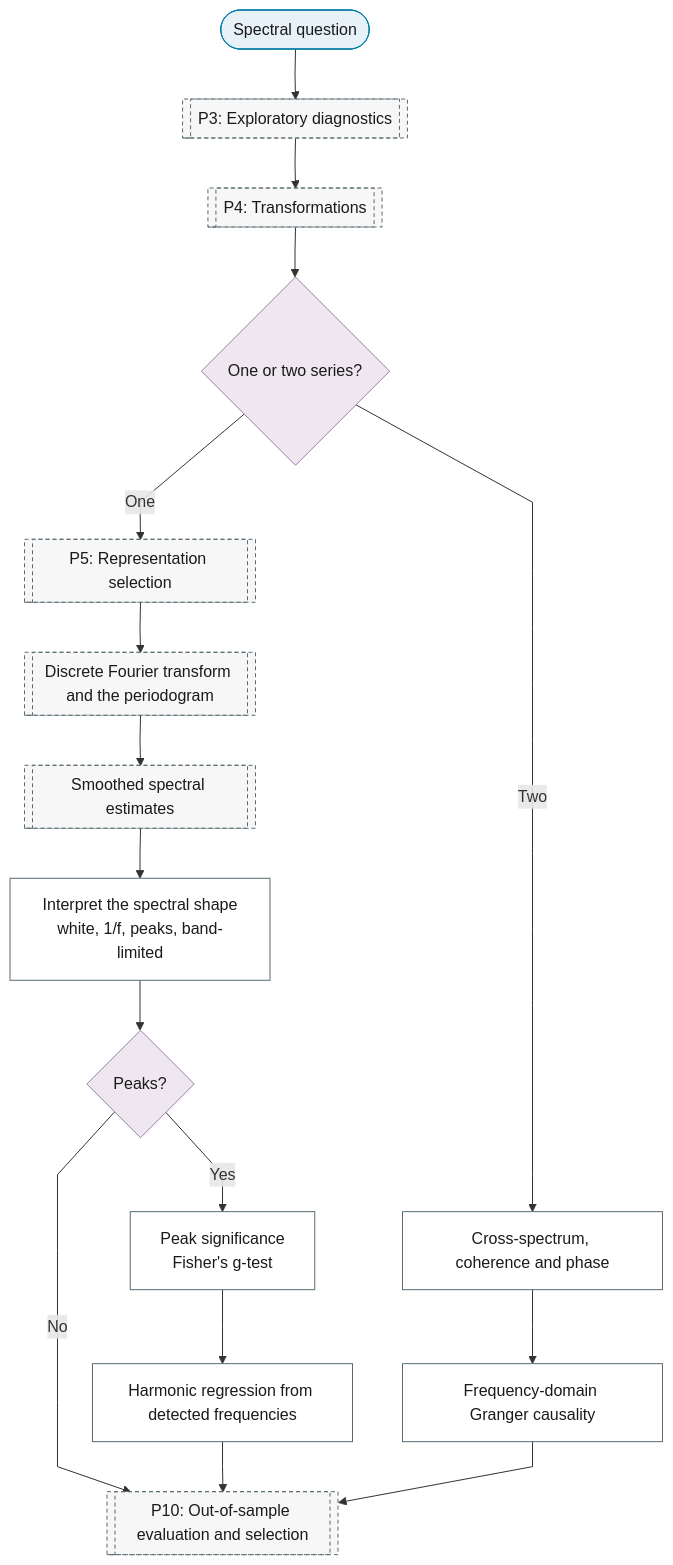
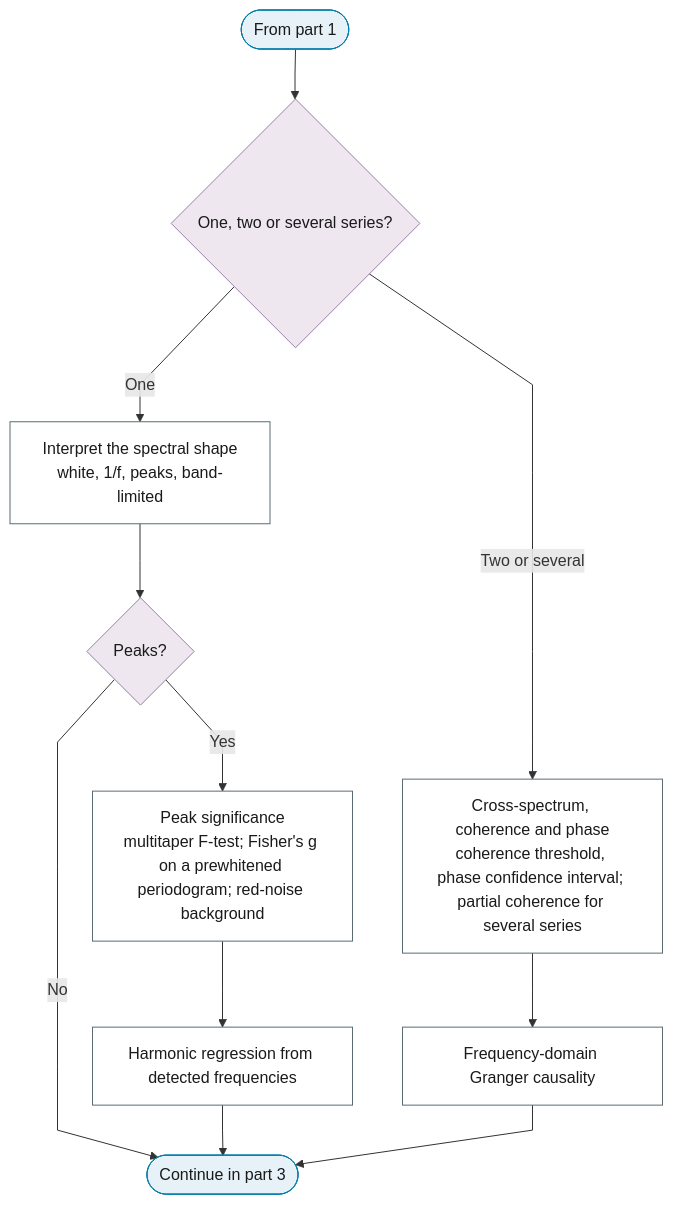
One commit to Shuxin-Y/time-series-analysis-manual changed the second of 3 diagrams in docs/01-workflow/p00-purpose/08-spectral-analysis.md. Above: the diagram before and after it, drawn with Mermaid. The commit also changed other lines of this file and 20 other files, not shown here.

````diff
--- a/docs/01-workflow/p00-purpose/08-spectral-analysis.md
+++ b/docs/01-workflow/p00-purpose/08-spectral-analysis.md
@@ -7,30 +43,24 @@
 ```mermaid
 %%{init: {"flowchart": {"curve": "linear"}}}%%
 graph TD
-    P0_SP_IN(["Spectral question"]) --> P3[["P3: Exploratory diagnostics"]]
-    P3 --> P4[["P4: Transformations"]]
-    P4 --> P0_SP_SERIES{"One or two series?"}
-    P0_SP_SERIES -->|"One"| P5[["P5: Representation selection"]]
-    P0_SP_SERIES -->|"Two"| P0_SP_CROSS_SPECTRUM["Cross-spectrum, coherence and phase"]
-    P5 --> P5_FD_DFT[["Discrete Fourier transform and the periodogram"]]
-    P5_FD_DFT --> P5_FD_SMOOTHED[["Smoothed spectral estimates"]]
-    P5_FD_SMOOTHED --> P0_SP_SPECTRAL_SHAPE["Interpret the spectral shape<br/>white, 1/f, peaks, band-limited"]
+    P0_SP_PART_2_IN(["From part 1"]) --> P0_SP_SERIES{"One, two or several series?"}
+    P0_SP_SERIES -->|"One"| P0_SP_SPECTRAL_SHAPE["Interpret the spectral shape<br/>white, 1/f, peaks, band-limited"]
+    P0_SP_SERIES -->|"Two or several"| P0_SP_CROSS_SPECTRUM["Cross-spectrum, coherence and phase<br/>coherence threshold, phase confidence interval; partial coherence for several series"]
     P0_SP_SPECTRAL_SHAPE --> P0_SP_PEAKS{"Peaks?"}
-    P0_SP_PEAKS -->|"Yes"| P0_SP_PEAK_SIGNIFICANCE["Peak significance<br/>Fisher's g-test"]
-    P0_SP_PEAKS -->|"No"| P10
+    P0_SP_PEAKS -->|"Yes"| P0_SP_PEAK_SIGNIFICANCE["Peak significance<br/>multitaper F-test; Fisher's g on a prewhitened periodogram; red-noise background"]
+    P0_SP_PEAKS -->|"No"| P0_SP_PART_2_OUT
     P0_SP_PEAK_SIGNIFICANCE --> P0_SP_HARMONIC_REGRESSION["Harmonic regression from detected frequencies"]
     P0_SP_CROSS_SPECTRUM --> P0_SP_FREQ_GRANGER["Frequency-domain Granger causality"]
-    P0_SP_HARMONIC_REGRESSION & P0_SP_FREQ_GRANGER --> P10[["P10: Out-of-sample evaluation and selection"]]
-    class P0_SP_IN terminator
+    P0_SP_HARMONIC_REGRESSION & P0_SP_FREQ_GRANGER --> P0_SP_PART_2_OUT(["Continue in part 3"])
+    class P0_SP_PART_2_IN,P0_SP_PART_2_OUT terminator
     class P0_SP_SERIES,P0_SP_PEAKS decision
-    class P0_SP_CROSS_SPECTRUM,P0_SP_SPECTRAL_SHAPE,P0_SP_PEAK_SIGNIFICANCE,P0_SP_HARMONIC_REGRESSION,P0_SP_FREQ_GRANGER process
-    class P3,P4,P5,P5_FD_DFT,P5_FD_SMOOTHED,P10 ref
+    class P0_SP_SPECTRAL_SHAPE,P0_SP_CROSS_SPECTRUM,P0_SP_PEAK_SIGNIFICANCE,P0_SP_HARMONIC_REGRESSION,P0_SP_FREQ_GRANGER process
     classDef terminator fill:#E6F2F7,stroke:#007BA7,color:#1A1A1A;
     classDef process fill:#FFFFFF,stroke:#5A6B73,color:#1A1A1A;
     classDef decision fill:#EFE7F0,stroke:#9B7FA7,color:#1A1A1A;
     classDef data fill:#FFF4E0,stroke:#C9A55E,color:#1A1A1A;
     classDef good fill:#DCEFD8,stroke:#4A7A3F,color:#1A1A1A;
     classDef escalate fill:#FFE9C2,stroke:#C9A55E,color:#1A1A1A;
     classDef problem fill:#F2D9DE,stroke:#800020,color:#1A1A1A;
     classDef ref fill:#F7F7F7,stroke:#5A6B73,color:#1A1A1A,stroke-dasharray:4 3;
 ```
````
